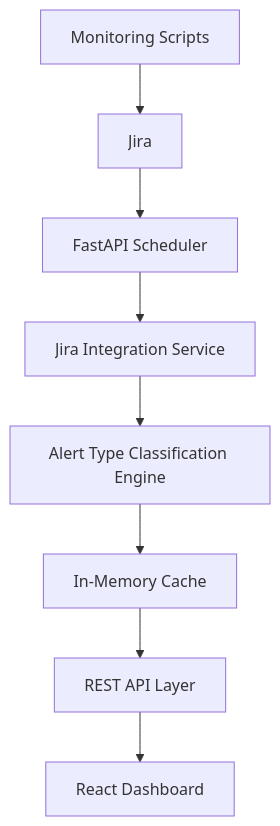
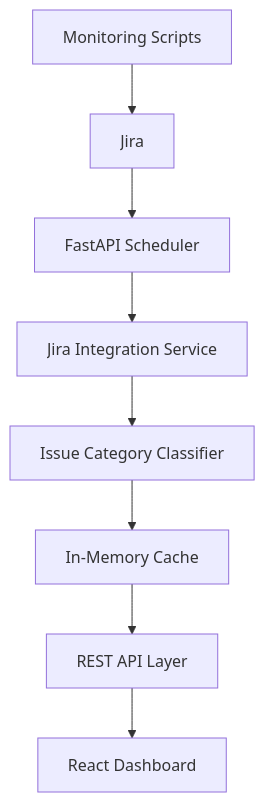
The diagram in docs/architecture.md (rohitsingh-zebra/WAPM-Ticket-Monitoring-Tool), drawn with Mermaid before and after one commit. The commit also changed other lines of this file and 21 other files, not shown here.

Commit message:
Updated the logic to short the tickets in issue type

````diff
--- a/docs/architecture.md
+++ b/docs/architecture.md
@@ -5,10 +5,10 @@
 ```mermaid
 flowchart TD
     A[Monitoring Scripts] --> B[Jira]
     B --> C[FastAPI Scheduler]
     C --> D[Jira Integration Service]
-    D --> E[Alert Type Classification Engine]
+    D --> E[Issue Category Classifier]
     E --> F[In-Memory Cache]
     F --> G[REST API Layer]
     G --> H[React Dashboard]
 ```
````
